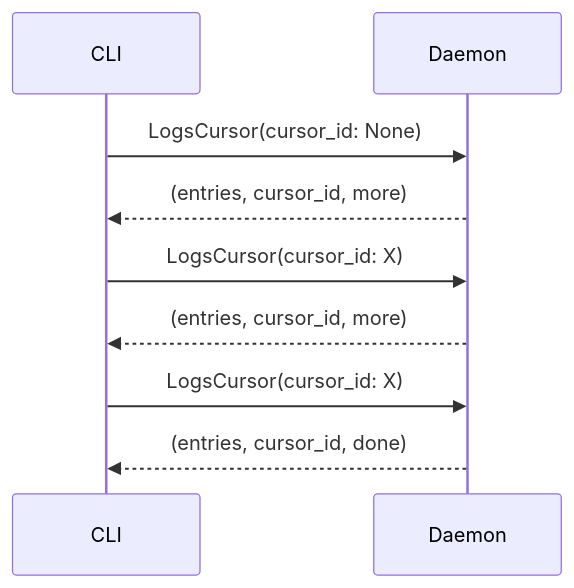
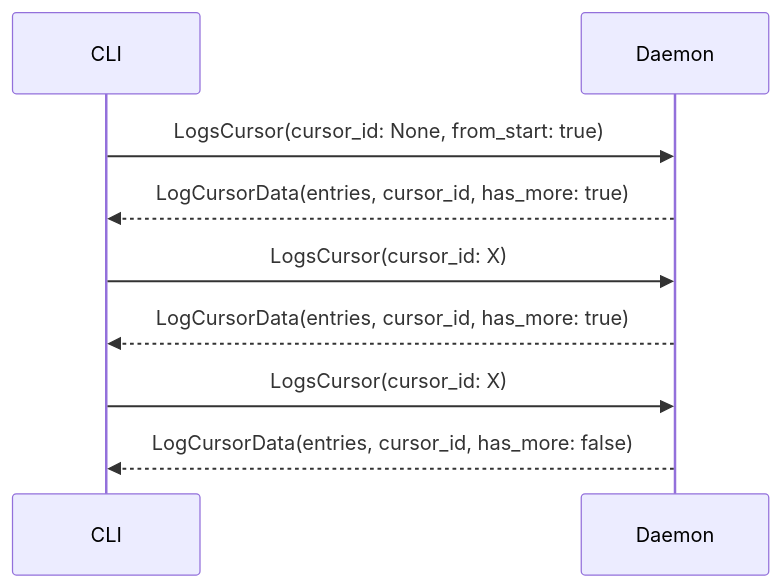
The second of 2 diagrams in docs/protocol.md (maleus-ai/kepler), drawn with Mermaid before and after one commit. The commit also changed other lines of this file and 3 other files, not shown here.

````diff
--- a/docs/protocol.md
+++ b/docs/protocol.md
@@ -130,9 +194,9 @@
 ```mermaid
 sequenceDiagram
-    CLI->>Daemon: LogsCursor(cursor_id: None)
-    Daemon-->>CLI: (entries, cursor_id, more)
+    CLI->>Daemon: LogsCursor(cursor_id: None, from_start: true)
+    Daemon-->>CLI: LogCursorData(entries, cursor_id, has_more: true)
     CLI->>Daemon: LogsCursor(cursor_id: X)
-    Daemon-->>CLI: (entries, cursor_id, more)
+    Daemon-->>CLI: LogCursorData(entries, cursor_id, has_more: true)
     CLI->>Daemon: LogsCursor(cursor_id: X)
-    Daemon-->>CLI: (entries, cursor_id, done)
+    Daemon-->>CLI: LogCursorData(entries, cursor_id, has_more: false)
 ```
````
